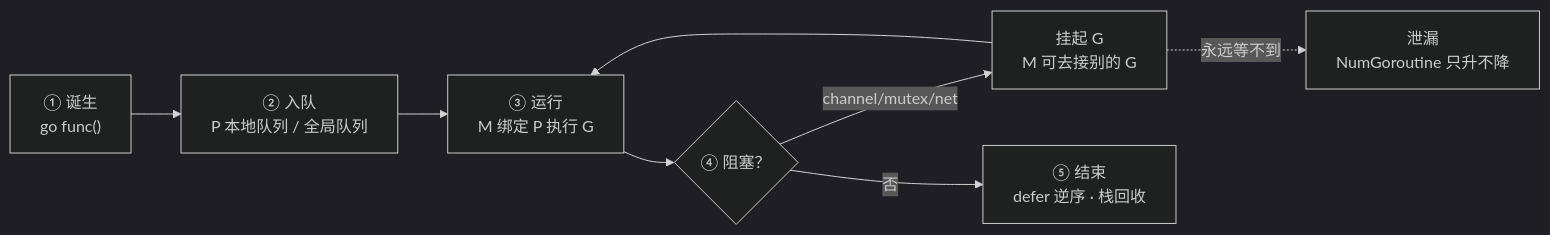
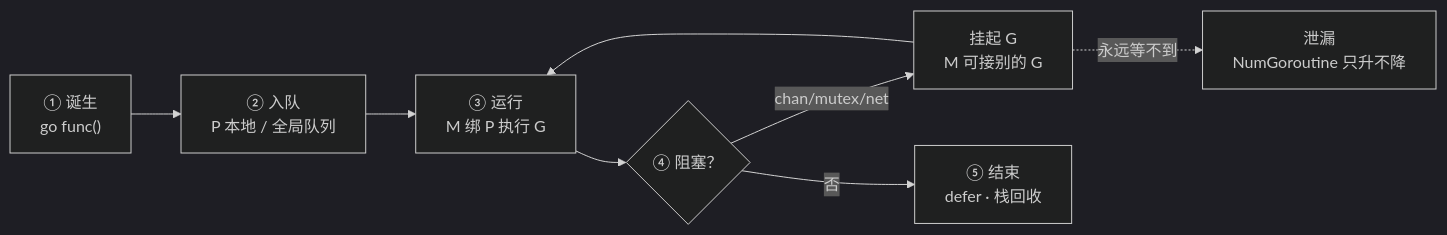
One commit to ml-cuizijun/LearnToLilith changed the first of 5 diagrams in 05-开发能力/03-Go/05-goroutine与调度模型/知识点.md. Above: the diagram before and after it, drawn with Mermaid (dark theme). The commit also changed other lines of this file and 178 other files, not shown here.

````diff
--- a/05-开发能力/03-Go/05-goroutine与调度模型/知识点.md
+++ b/05-开发能力/03-Go/05-goroutine与调度模型/知识点.md
@@ -57,10 +86,10 @@
 ```mermaid
 flowchart LR
-    SPAWN["① 诞生<br/>go func()"] --> ENQ["② 入队<br/>P 本地队列 / 全局队列"]
-    ENQ --> RUN["③ 运行<br/>M 绑定 P 执行 G"]
+    SPAWN["① 诞生<br/>go func()"] --> ENQ["② 入队<br/>P 本地 / 全局队列"]
+    ENQ --> RUN["③ 运行<br/>M 绑 P 执行 G"]
     RUN --> BLOCK{"④ 阻塞？"}
-    BLOCK -->|channel/mutex/net| PARK["挂起 G<br/>M 可去接别的 G"]
+    BLOCK -->|chan/mutex/net| PARK["挂起 G<br/>M 可接别的 G"]
     PARK --> RUN
-    BLOCK -->|否| DONE["⑤ 结束<br/>defer 逆序 · 栈回收"]
+    BLOCK -->|否| DONE["⑤ 结束<br/>defer · 栈回收"]
     PARK -.->|永远等不到| LEAK["泄漏<br/>NumGoroutine 只升不降"]
 ```
````
